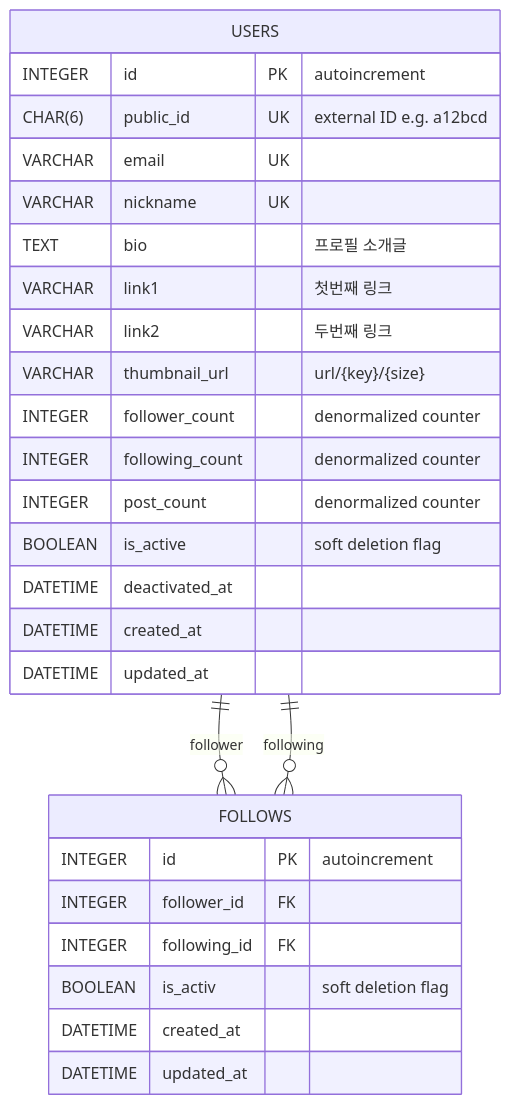
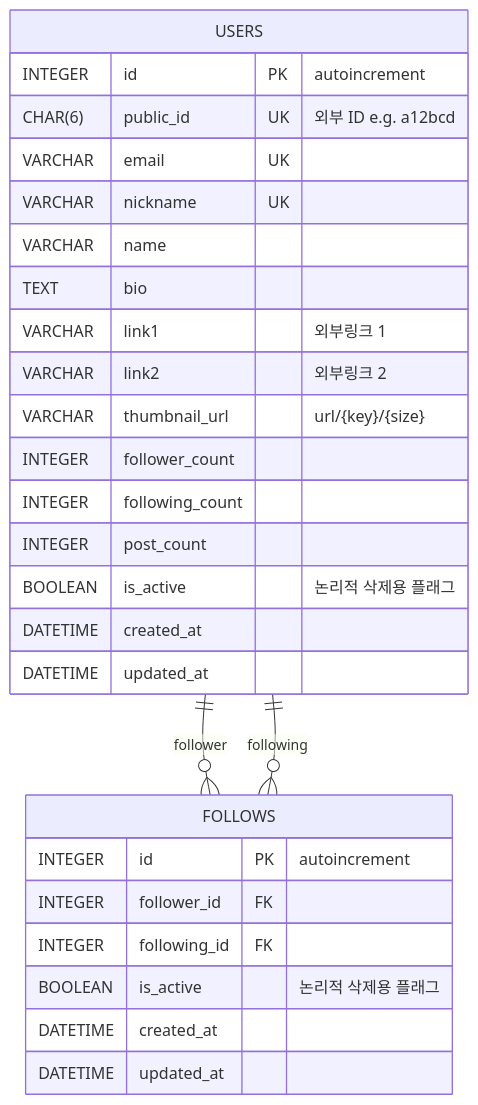
One commit to electronyoon/celebe-challenge changed the diagram in readme.md. Above: the diagram before and after it, drawn with Mermaid. The commit also changed 2 other files, not shown here.

Commit message:
fix: correct typo, align model with erd

````diff
--- a/readme.md
+++ b/readme.md
@@ -5,32 +5,32 @@
 ```mermaid
 erDiagram
     USERS {
         INTEGER id PK "autoincrement"
-        CHAR(6) public_id UK "external ID e.g. a12bcd"
+        CHAR(6) public_id UK "외부 ID e.g. a12bcd"
         VARCHAR email UK
         VARCHAR nickname UK
-        TEXT bio "프로필 소개글"
-        VARCHAR link1 "첫번째 링크"
-        VARCHAR link2 "두번째 링크"
+        VARCHAR name
+        TEXT bio
+        VARCHAR link1 "외부링크 1"
+        VARCHAR link2 "외부링크 2"
         VARCHAR thumbnail_url "url/{key}/{size}"
-        INTEGER follower_count "denormalized counter"
-        INTEGER following_count "denormalized counter"
-        INTEGER post_count "denormalized counter"
-        BOOLEAN is_active "soft deletion flag"
-        DATETIME deactivated_at
+        INTEGER follower_count
+        INTEGER following_count
+        INTEGER post_count
+        BOOLEAN is_active "논리적 삭제용 플래그"
         DATETIME created_at
         DATETIME updated_at
     }
     
     FOLLOWS {
         INTEGER id PK "autoincrement"
         INTEGER follower_id FK
         INTEGER following_id FK
-        BOOLEAN is_activ "soft deletion flag"
+        BOOLEAN is_active "논리적 삭제용 플래그"
         DATETIME created_at
         DATETIME updated_at
     }
 
     USERS ||--o{ FOLLOWS : "follower"
     USERS ||--o{ FOLLOWS : "following"
 ```
````
